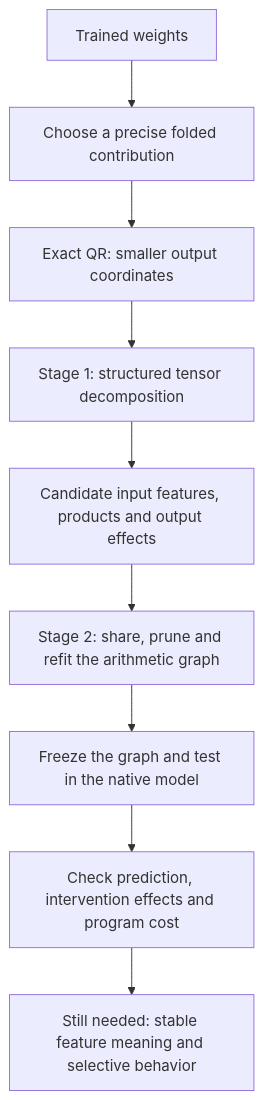
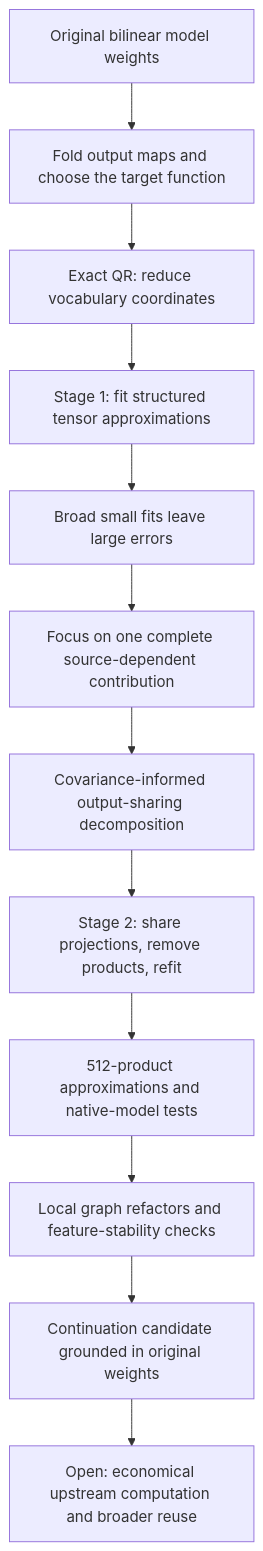
The diagram in basis_aligned/polynomial_causal/explanations/for_logan/research_update_2026-09-21_0104_full_coverage_and_shared_baselines.md (loganriggs/tensor_language), drawn with Mermaid before and after one commit. The commit also changed other lines of this file and 28 other files, not shown here.

Commit message:
Test and export upstream continuation readers with native fidelity limits

````diff
--- a/basis_aligned/polynomial_causal/explanations/for_logan/research_update_2026-09-21_0104_full_coverage_and_shared_baselines.md
+++ b/basis_aligned/polynomial_causal/explanations/for_logan/research_update_2026-09-21_0104_full_coverage_and_shared_baselines.md
@@ -23,11 +13,14 @@
 ```mermaid
 flowchart TD
-    A[Trained weights] --> B[Choose a precise folded contribution]
-    B --> C[Exact QR: smaller output coordinates]
-    C --> D[Stage 1: structured tensor decomposition]
-    D --> E[Candidate input features, products and output effects]
-    E --> F[Stage 2: share, prune and refit the arithmetic graph]
-    F --> G[Freeze the graph and test in the native model]
-    G --> H[Check prediction, intervention effects and program cost]
-    H --> I[Still needed: stable feature meaning and selective behavior]
+    A[Original bilinear model weights] --> B[Fold output maps and choose the target function]
+    B --> C[Exact QR: reduce vocabulary coordinates]
+    C --> D[Stage 1: fit structured tensor approximations]
+    D --> E[Broad small fits leave large errors]
+    E --> F[Focus on one complete source-dependent contribution]
+    F --> G[Covariance-informed output-sharing decomposition]
+    G --> H[Stage 2: share projections, remove products, refit]
+    H --> I[512-product approximations and native-model tests]
+    I --> J[Local graph refactors and feature-stability checks]
+    J --> K[Continuation candidate grounded in original weights]
+    K --> L[Open: economical upstream computation and broader reuse]
 ```
````
